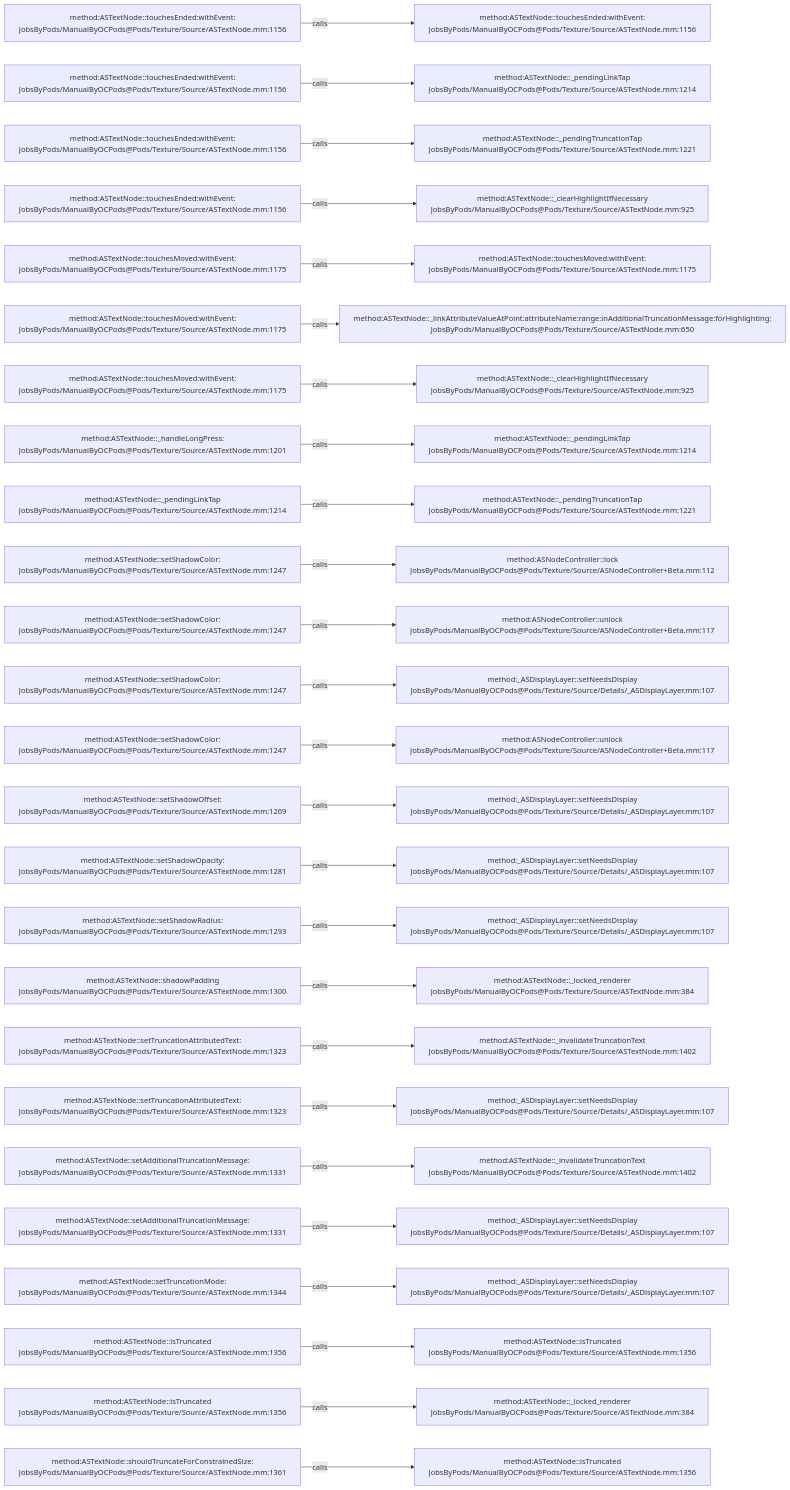
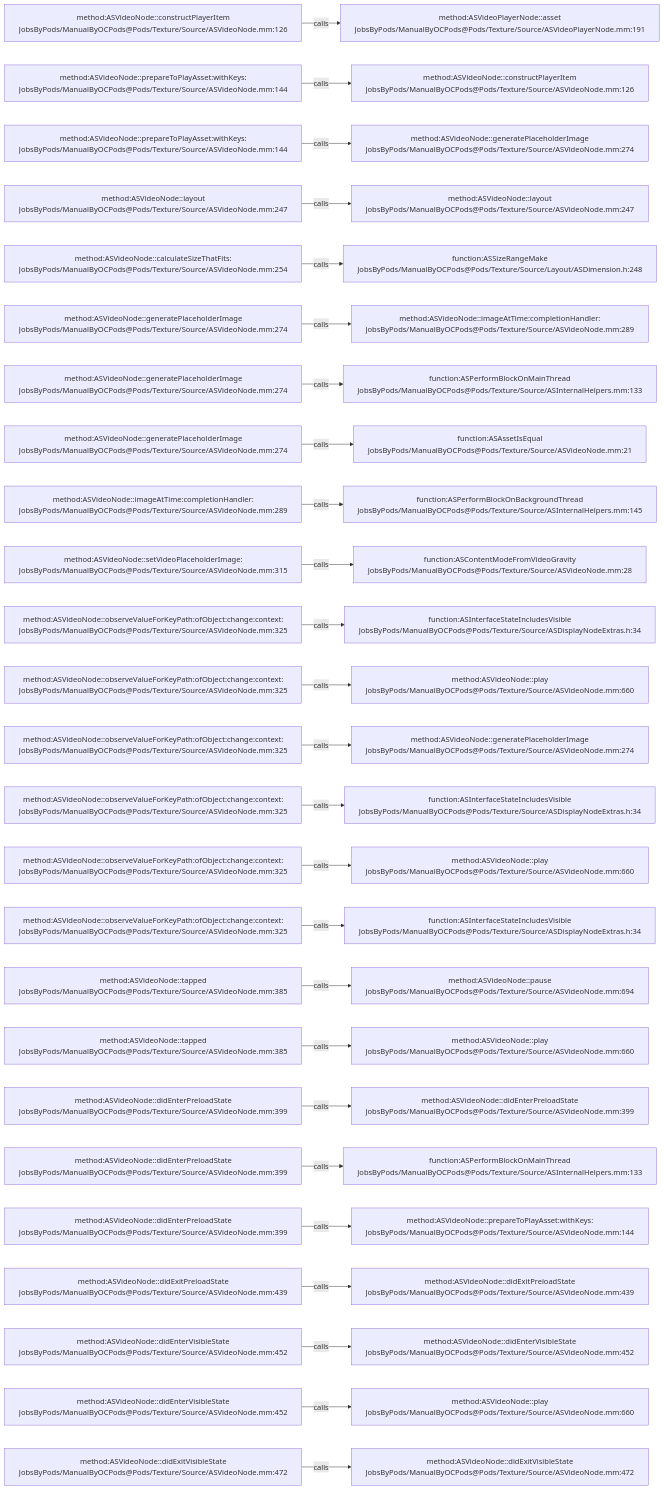
Before and after one commit to JobsKits/JobsOCBaseConfigDemo: the diagram in .codegraph/codegraph.md/graphs/calls-135.md, drawn with Mermaid. The commit also changed 1448 other files, not shown here.

````diff
--- a/.codegraph/codegraph.md/graphs/calls-135.md
+++ b/.codegraph/codegraph.md/graphs/calls-135.md
@@ -13,78 +13,78 @@
 ```mermaid
 flowchart LR
-  S1["method:ASTextNode::touchesEnded:withEvent:<br/>JobsByPods/ManualByOCPods@Pods/Texture/Source/ASTextNode.mm:1156"]
-  T1["method:ASTextNode::touchesEnded:withEvent:<br/>JobsByPods/ManualByOCPods@Pods/Texture/Source/ASTextNode.mm:1156"]
+  S1["method:ASVideoNode::constructPlayerItem<br/>JobsByPods/ManualByOCPods@Pods/Texture/Source/ASVideoNode.mm:126"]
+  T1["method:ASVideoPlayerNode::asset<br/>JobsByPods/ManualByOCPods@Pods/Texture/Source/ASVideoPlayerNode.mm:191"]
   S1 -->|calls| T1
-  S2["method:ASTextNode::touchesEnded:withEvent:<br/>JobsByPods/ManualByOCPods@Pods/Texture/Source/ASTextNode.mm:1156"]
-  T2["method:ASTextNode::_pendingLinkTap<br/>JobsByPods/ManualByOCPods@Pods/Texture/Source/ASTextNode.mm:1214"]
+  S2["method:ASVideoNode::prepareToPlayAsset:withKeys:<br/>JobsByPods/ManualByOCPods@Pods/Texture/Source/ASVideoNode.mm:144"]
+  T2["method:ASVideoNode::constructPlayerItem<br/>JobsByPods/ManualByOCPods@Pods/Texture/Source/ASVideoNode.mm:126"]
   S2 -->|calls| T2
-  S3["method:ASTextNode::touchesEnded:withEvent:<br/>JobsByPods/ManualByOCPods@Pods/Texture/Source/ASTextNode.mm:1156"]
-  T3["method:ASTextNode::_pendingTruncationTap<br/>JobsByPods/ManualByOCPods@Pods/Texture/Source/ASTextNode.mm:1221"]
+  S3["method:ASVideoNode::prepareToPlayAsset:withKeys:<br/>JobsByPods/ManualByOCPods@Pods/Texture/Source/ASVideoNode.mm:144"]
+  T3["method:ASVideoNode::generatePlaceholderImage<br/>JobsByPods/ManualByOCPods@Pods/Texture/Source/ASVideoNode.mm:274"]
   S3 -->|calls| T3
-  S4["method:ASTextNode::touchesEnded:withEvent:<br/>JobsByPods/ManualByOCPods@Pods/Texture/Source/ASTextNode.mm:1156"]
-  T4["method:ASTextNode::_clearHighlightIfNecessary<br/>JobsByPods/ManualByOCPods@Pods/Texture/Source/ASTextNode.mm:925"]
+  S4["method:ASVideoNode::layout<br/>JobsByPods/ManualByOCPods@Pods/Texture/Source/ASVideoNode.mm:247"]
+  T4["method:ASVideoNode::layout<br/>JobsByPods/ManualByOCPods@Pods/Texture/Source/ASVideoNode.mm:247"]
   S4 -->|calls| T4
-  S5["method:ASTextNode::touchesMoved:withEvent:<br/>JobsByPods/ManualByOCPods@Pods/Texture/Source/ASTextNode.mm:1175"]
-  T5["method:ASTextNode::touchesMoved:withEvent:<br/>JobsByPods/ManualByOCPods@Pods/Texture/Source/ASTextNode.mm:1175"]
+  S5["method:ASVideoNode::calculateSizeThatFits:<br/>JobsByPods/ManualByOCPods@Pods/Texture/Source/ASVideoNode.mm:254"]
+  T5["function:ASSizeRangeMake<br/>JobsByPods/ManualByOCPods@Pods/Texture/Source/Layout/ASDimension.h:248"]
   S5 -->|calls| T5
-  S6["method:ASTextNode::touchesMoved:withEvent:<br/>JobsByPods/ManualByOCPods@Pods/Texture/Source/ASTextNode.mm:1175"]
-  T6["method:ASTextNode::_linkAttributeValueAtPoint:attributeName:range:inAdditionalTruncationMessage:forHighlighting:<br/>JobsByPods/ManualByOCPods@Pods/Texture/Source/ASTextNode.mm:650"]
+  S6["method:ASVideoNode::generatePlaceholderImage<br/>JobsByPods/ManualByOCPods@Pods/Texture/Source/ASVideoNode.mm:274"]
+  T6["method:ASVideoNode::imageAtTime:completionHandler:<br/>JobsByPods/ManualByOCPods@Pods/Texture/Source/ASVideoNode.mm:289"]
   S6 -->|calls| T6
-  S7["method:ASTextNode::touchesMoved:withEvent:<br/>JobsByPods/ManualByOCPods@Pods/Texture/Source/ASTextNode.mm:1175"]
-  T7["method:ASTextNode::_clearHighlightIfNecessary<br/>JobsByPods/ManualByOCPods@Pods/Texture/Source/ASTextNode.mm:925"]
+  S7["method:ASVideoNode::generatePlaceholderImage<br/>JobsByPods/ManualByOCPods@Pods/Texture/Source/ASVideoNode.mm:274"]
+  T7["function:ASPerformBlockOnMainThread<br/>JobsByPods/ManualByOCPods@Pods/Texture/Source/ASInternalHelpers.mm:133"]
   S7 -->|calls| T7
-  S8["method:ASTextNode::_handleLongPress:<br/>JobsByPods/ManualByOCPods@Pods/Texture/Source/ASTextNode.mm:1201"]
-  T8["method:ASTextNode::_pendingLinkTap<br/>JobsByPods/ManualByOCPods@Pods/Texture/Source/ASTextNode.mm:1214"]
+  S8["method:ASVideoNode::generatePlaceholderImage<br/>JobsByPods/ManualByOCPods@Pods/Texture/Source/ASVideoNode.mm:274"]
+  T8["function:ASAssetIsEqual<br/>JobsByPods/ManualByOCPods@Pods/Texture/Source/ASVideoNode.mm:21"]
   S8 -->|calls| T8
-  S9["method:ASTextNode::_pendingLinkTap<br/>JobsByPods/ManualByOCPods@Pods/Texture/Source/ASTextNode.mm:1214"]
-  T9["method:ASTextNode::_pendingTruncationTap<br/>JobsByPods/ManualByOCPods@Pods/Texture/Source/ASTextNode.mm:1221"]
+  S9["method:ASVideoNode::imageAtTime:completionHandler:<br/>JobsByPods/ManualByOCPods@Pods/Texture/Source/ASVideoNode.mm:289"]
+  T9["function:ASPerformBlockOnBackgroundThread<br/>JobsByPods/ManualByOCPods@Pods/Texture/Source/ASInternalHelpers.mm:145"]
   S9 -->|calls| T9
-  S10["method:ASTextNode::setShadowColor:<br/>JobsByPods/ManualByOCPods@Pods/Texture/Source/ASTextNode.mm:1247"]
-  T10["method:ASNodeController::lock<br/>JobsByPods/ManualByOCPods@Pods/Texture/Source/ASNodeController+Beta.mm:112"]
+  S10["method:ASVideoNode::setVideoPlaceholderImage:<br/>JobsByPods/ManualByOCPods@Pods/Texture/Source/ASVideoNode.mm:315"]
+  T10["function:ASContentModeFromVideoGravity<br/>JobsByPods/ManualByOCPods@Pods/Texture/Source/ASVideoNode.mm:28"]
   S10 -->|calls| T10
-  S11["method:ASTextNode::setShadowColor:<br/>JobsByPods/ManualByOCPods@Pods/Texture/Source/ASTextNode.mm:1247"]
-  T11["method:ASNodeController::unlock<br/>JobsByPods/ManualByOCPods@Pods/Texture/Source/ASNodeController+Beta.mm:117"]
+  S11["method:ASVideoNode::observeValueForKeyPath:ofObject:change:context:<br/>JobsByPods/ManualByOCPods@Pods/Texture/Source/ASVideoNode.mm:325"]
+  T11["function:ASInterfaceStateIncludesVisible<br/>JobsByPods/ManualByOCPods@Pods/Texture/Source/ASDisplayNodeExtras.h:34"]
   S11 -->|calls| T11
-  S12["method:ASTextNode::setShadowColor:<br/>JobsByPods/ManualByOCPods@Pods/Texture/Source/ASTextNode.mm:1247"]
-  T12["method:_ASDisplayLayer::setNeedsDisplay<br/>JobsByPods/ManualByOCPods@Pods/Texture/Source/Details/_ASDisplayLayer.mm:107"]
+  S12["method:ASVideoNode::observeValueForKeyPath:ofObject:change:context:<br/>JobsByPods/ManualByOCPods@Pods/Texture/Source/ASVideoNode.mm:325"]
+  T12["method:ASVideoNode::play<br/>JobsByPods/ManualByOCPods@Pods/Texture/Source/ASVideoNode.mm:660"]
   S12 -->|calls| T12
-  S13["method:ASTextNode::setShadowColor:<br/>JobsByPods/ManualByOCPods@Pods/Texture/Source/ASTextNode.mm:1247"]
-  T13["method:ASNodeController::unlock<br/>JobsByPods/ManualByOCPods@Pods/Texture/Source/ASNodeController+Beta.mm:117"]
+  S13["method:ASVideoNode::observeValueForKeyPath:ofObject:change:context:<br/>JobsByPods/ManualByOCPods@Pods/Texture/Source/ASVideoNode.mm:325"]
+  T13["method:ASVideoNode::generatePlaceholderImage<br/>JobsByPods/ManualByOCPods@Pods/Texture/Source/ASVideoNode.mm:274"]
   S13 -->|calls| T13
-  S14["method:ASTextNode::setShadowOffset:<br/>JobsByPods/ManualByOCPods@Pods/Texture/Source/ASTextNode.mm:1269"]
-  T14["method:_ASDisplayLayer::setNeedsDisplay<br/>JobsByPods/ManualByOCPods@Pods/Texture/Source/Details/_ASDisplayLayer.mm:107"]
+  S14["method:ASVideoNode::observeValueForKeyPath:ofObject:change:context:<br/>JobsByPods/ManualByOCPods@Pods/Texture/Source/ASVideoNode.mm:325"]
+  T14["function:ASInterfaceStateIncludesVisible<br/>JobsByPods/ManualByOCPods@Pods/Texture/Source/ASDisplayNodeExtras.h:34"]
   S14 -->|calls| T14
-  S15["method:ASTextNode::setShadowOpacity:<br/>JobsByPods/ManualByOCPods@Pods/Texture/Source/ASTextNode.mm:1281"]
-  T15["method:_ASDisplayLayer::setNeedsDisplay<br/>JobsByPods/ManualByOCPods@Pods/Texture/Source/Details/_ASDisplayLayer.mm:107"]
+  S15["method:ASVideoNode::observeValueForKeyPath:ofObject:change:context:<br/>JobsByPods/ManualByOCPods@Pods/Texture/Source/ASVideoNode.mm:325"]
+  T15["method:ASVideoNode::play<br/>JobsByPods/ManualByOCPods@Pods/Texture/Source/ASVideoNode.mm:660"]
   S15 -->|calls| T15
-  S16["method:ASTextNode::setShadowRadius:<br/>JobsByPods/ManualByOCPods@Pods/Texture/Source/ASTextNode.mm:1293"]
-  T16["method:_ASDisplayLayer::setNeedsDisplay<br/>JobsByPods/ManualByOCPods@Pods/Texture/Source/Details/_ASDisplayLayer.mm:107"]
+  S16["method:ASVideoNode::observeValueForKeyPath:ofObject:change:context:<br/>JobsByPods/ManualByOCPods@Pods/Texture/Source/ASVideoNode.mm:325"]
+  T16["function:ASInterfaceStateIncludesVisible<br/>JobsByPods/ManualByOCPods@Pods/Texture/Source/ASDisplayNodeExtras.h:34"]
   S16 -->|calls| T16
-  S17["method:ASTextNode::shadowPadding<br/>JobsByPods/ManualByOCPods@Pods/Texture/Source/ASTextNode.mm:1300"]
-  T17["method:ASTextNode::_locked_renderer<br/>JobsByPods/ManualByOCPods@Pods/Texture/Source/ASTextNode.mm:384"]
+  S17["method:ASVideoNode::tapped<br/>JobsByPods/ManualByOCPods@Pods/Texture/Source/ASVideoNode.mm:385"]
+  T17["method:ASVideoNode::pause<br/>JobsByPods/ManualByOCPods@Pods/Texture/Source/ASVideoNode.mm:694"]
   S17 -->|calls| T17
-  S18["method:ASTextNode::setTruncationAttributedText:<br/>JobsByPods/ManualByOCPods@Pods/Texture/Source/ASTextNode.mm:1323"]
-  T18["method:ASTextNode::_invalidateTruncationText<br/>JobsByPods/ManualByOCPods@Pods/Texture/Source/ASTextNode.mm:1402"]
+  S18["method:ASVideoNode::tapped<br/>JobsByPods/ManualByOCPods@Pods/Texture/Source/ASVideoNode.mm:385"]
+  T18["method:ASVideoNode::play<br/>JobsByPods/ManualByOCPods@Pods/Texture/Source/ASVideoNode.mm:660"]
   S18 -->|calls| T18
-  S19["method:ASTextNode::setTruncationAttributedText:<br/>JobsByPods/ManualByOCPods@Pods/Texture/Source/ASTextNode.mm:1323"]
-  T19["method:_ASDisplayLayer::setNeedsDisplay<br/>JobsByPods/ManualByOCPods@Pods/Texture/Source/Details/_ASDisplayLayer.mm:107"]
+  S19["method:ASVideoNode::didEnterPreloadState<br/>JobsByPods/ManualByOCPods@Pods/Texture/Source/ASVideoNode.mm:399"]
+  T19["method:ASVideoNode::didEnterPreloadState<br/>JobsByPods/ManualByOCPods@Pods/Texture/Source/ASVideoNode.mm:399"]
   S19 -->|calls| T19
-  S20["method:ASTextNode::setAdditionalTruncationMessage:<br/>JobsByPods/ManualByOCPods@Pods/Texture/Source/ASTextNode.mm:1331"]
-  T20["method:ASTextNode::_invalidateTruncationText<br/>JobsByPods/ManualByOCPods@Pods/Texture/Source/ASTextNode.mm:1402"]
+  S20["method:ASVideoNode::didEnterPreloadState<br/>JobsByPods/ManualByOCPods@Pods/Texture/Source/ASVideoNode.mm:399"]
+  T20["function:ASPerformBlockOnMainThread<br/>JobsByPods/ManualByOCPods@Pods/Texture/Source/ASInternalHelpers.mm:133"]
   S20 -->|calls| T20
-  S21["method:ASTextNode::setAdditionalTruncationMessage:<br/>JobsByPods/ManualByOCPods@Pods/Texture/Source/ASTextNode.mm:1331"]
-  T21["method:_ASDisplayLayer::setNeedsDisplay<br/>JobsByPods/ManualByOCPods@Pods/Texture/Source/Details/_ASDisplayLayer.mm:107"]
+  S21["method:ASVideoNode::didEnterPreloadState<br/>JobsByPods/ManualByOCPods@Pods/Texture/Source/ASVideoNode.mm:399"]
+  T21["method:ASVideoNode::prepareToPlayAsset:withKeys:<br/>JobsByPods/ManualByOCPods@Pods/Texture/Source/ASVideoNode.mm:144"]
   S21 -->|calls| T21
-  S22["method:ASTextNode::setTruncationMode:<br/>JobsByPods/ManualByOCPods@Pods/Texture/Source/ASTextNode.mm:1344"]
-  T22["method:_ASDisplayLayer::setNeedsDisplay<br/>JobsByPods/ManualByOCPods@Pods/Texture/Source/Details/_ASDisplayLayer.mm:107"]
+  S22["method:ASVideoNode::didExitPreloadState<br/>JobsByPods/ManualByOCPods@Pods/Texture/Source/ASVideoNode.mm:439"]
+  T22["method:ASVideoNode::didExitPreloadState<br/>JobsByPods/ManualByOCPods@Pods/Texture/Source/ASVideoNode.mm:439"]
   S22 -->|calls| T22
-  S23["method:ASTextNode::isTruncated<br/>JobsByPods/ManualByOCPods@Pods/Texture/Source/ASTextNode.mm:1356"]
-  T23["method:ASTextNode::isTruncated<br/>JobsByPods/ManualByOCPods@Pods/Texture/Source/ASTextNode.mm:1356"]
+  S23["method:ASVideoNode::didEnterVisibleState<br/>JobsByPods/ManualByOCPods@Pods/Texture/Source/ASVideoNode.mm:452"]
+  T23["method:ASVideoNode::didEnterVisibleState<br/>JobsByPods/ManualByOCPods@Pods/Texture/Source/ASVideoNode.mm:452"]
   S23 -->|calls| T23
-  S24["method:ASTextNode::isTruncated<br/>JobsByPods/ManualByOCPods@Pods/Texture/Source/ASTextNode.mm:1356"]
-  T24["method:ASTextNode::_locked_renderer<br/>JobsByPods/ManualByOCPods@Pods/Texture/Source/ASTextNode.mm:384"]
+  S24["method:ASVideoNode::didEnterVisibleState<br/>JobsByPods/ManualByOCPods@Pods/Texture/Source/ASVideoNode.mm:452"]
+  T24["method:ASVideoNode::play<br/>JobsByPods/ManualByOCPods@Pods/Texture/Source/ASVideoNode.mm:660"]
   S24 -->|calls| T24
-  S25["method:ASTextNode::shouldTruncateForConstrainedSize:<br/>JobsByPods/ManualByOCPods@Pods/Texture/Source/ASTextNode.mm:1361"]
-  T25["method:ASTextNode::isTruncated<br/>JobsByPods/ManualByOCPods@Pods/Texture/Source/ASTextNode.mm:1356"]
+  S25["method:ASVideoNode::didExitVisibleState<br/>JobsByPods/ManualByOCPods@Pods/Texture/Source/ASVideoNode.mm:472"]
+  T25["method:ASVideoNode::didExitVisibleState<br/>JobsByPods/ManualByOCPods@Pods/Texture/Source/ASVideoNode.mm:472"]
   S25 -->|calls| T25
 ```
````
